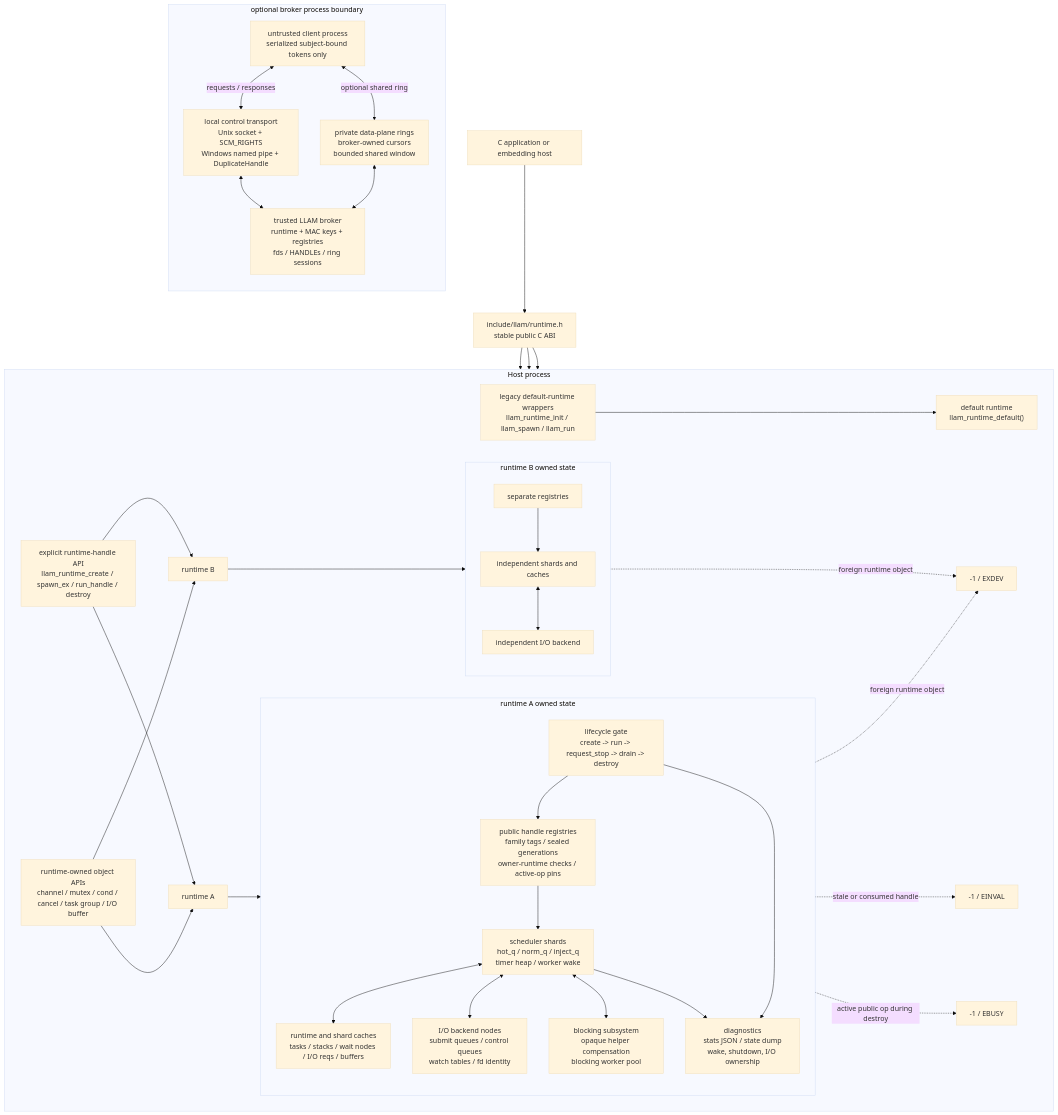
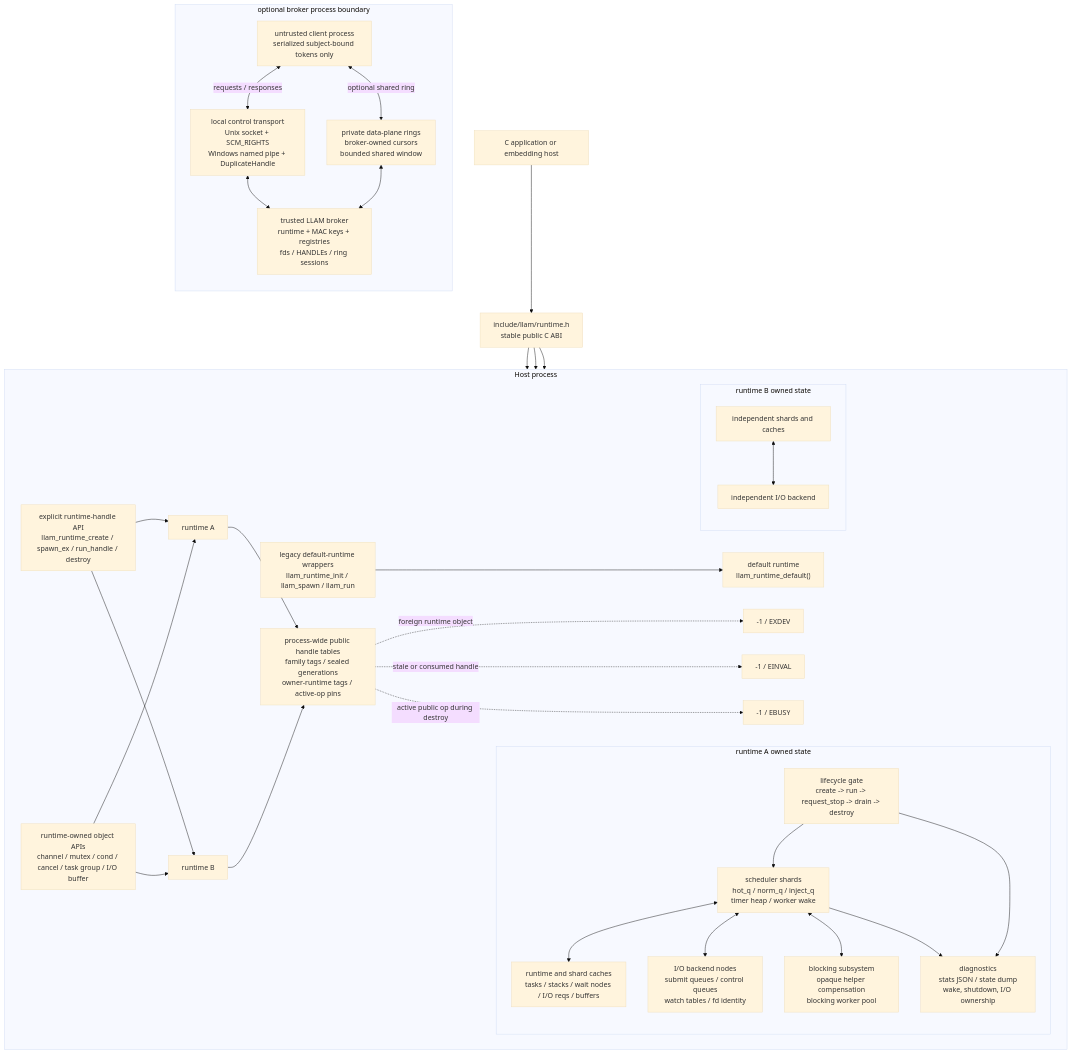
Before and after one commit to Feralthedogg/LLAM: the first of 4 diagrams in README.md, drawn with Mermaid (base theme). The commit also changed other lines of this file and 2 other files, not shown here.

Commit message:
Clarify runtime handle documentation

````diff
--- a/README.md
+++ b/README.md
@@ -1124,62 +1139,58 @@
 ```mermaid
 flowchart TB
     App["C application or embedding host"] --> PublicAPI["include/llam/runtime.h\nstable public C ABI"]
     PublicAPI --> DefaultAPI["legacy default-runtime wrappers\nllam_runtime_init / llam_spawn / llam_run"]
     PublicAPI --> HandleAPI["explicit runtime-handle API\nllam_runtime_create / spawn_ex / run_handle / destroy"]
     PublicAPI --> ObjectAPI["runtime-owned object APIs\nchannel / mutex / cond / cancel / task group / I/O buffer"]
 
     subgraph Process["Host process"]
         direction LR
         DefaultAPI --> DefaultRuntime["default runtime\nllam_runtime_default()"]
         HandleAPI --> RuntimeA["runtime A"]
         HandleAPI --> RuntimeB["runtime B"]
         ObjectAPI --> RuntimeA
         ObjectAPI --> RuntimeB
 
         subgraph RuntimeAState["runtime A owned state"]
             direction TB
             LifecycleA["lifecycle gate\ncreate -> run -> request_stop -> drain -> destroy"]
-            RegistryA["public handle registries\nfamily tags / sealed generations\nowner-runtime checks / active-op pins"]
             ShardsA["scheduler shards\nhot_q / norm_q / inject_q\ntimer heap / worker wake"]
             CachesA["runtime and shard caches\ntasks / stacks / wait nodes / I/O reqs / buffers"]
             NodesA["I/O backend nodes\nsubmit queues / control queues\nwatch tables / fd identity"]
             BlockA["blocking subsystem\nopaque helper compensation\nblocking worker pool"]
             DebugA["diagnostics\nstats JSON / state dump\nwake, shutdown, I/O ownership"]
-            LifecycleA --> RegistryA
-            RegistryA --> ShardsA
+            LifecycleA --> ShardsA
             ShardsA <--> CachesA
             ShardsA <--> NodesA
             ShardsA <--> BlockA
             LifecycleA --> DebugA
             ShardsA --> DebugA
         end
 
         subgraph RuntimeBState["runtime B owned state"]
             direction TB
-            RegistryB["separate registries"]
             ShardsB["independent shards and caches"]
             NodesB["independent I/O backend"]
-            RegistryB --> ShardsB
             ShardsB <--> NodesB
         end
 
-        RuntimeA --> RegistryA
-        RuntimeB --> RegistryB
-        RegistryA -. "foreign runtime object" .-> EXDEV["-1 / EXDEV"]
-        RegistryB -. "foreign runtime object" .-> EXDEV
-        RegistryA -. "stale or consumed handle" .-> EINVAL["-1 / EINVAL"]
-        RegistryA -. "active public op during destroy" .-> EBUSY["-1 / EBUSY"]
+        PublicSlots["process-wide public handle tables\nfamily tags / sealed generations\nowner-runtime tags / active-op pins"]
+        RuntimeA --> PublicSlots
+        RuntimeB --> PublicSlots
+        PublicSlots -. "foreign runtime object" .-> EXDEV["-1 / EXDEV"]
+        PublicSlots -. "stale or consumed handle" .-> EINVAL["-1 / EINVAL"]
+        PublicSlots -. "active public op during destroy" .-> EBUSY["-1 / EBUSY"]
     end
 
     subgraph BrokerBoundary["optional broker process boundary"]
         direction TB
         Client["untrusted client process\nserialized subject-bound tokens only"]
         Broker["trusted LLAM broker\nruntime + MAC keys + registries\nfds / HANDLEs / ring sessions"]
         Transport["local control transport\nUnix socket + SCM_RIGHTS\nWindows named pipe + DuplicateHandle"]
         Ring["private data-plane rings\nbroker-owned cursors\nbounded shared window"]
         Client <-->|requests / responses| Transport
         Transport <--> Broker
         Client <-->|optional shared ring| Ring
         Ring <--> Broker
     end
 ```
````
